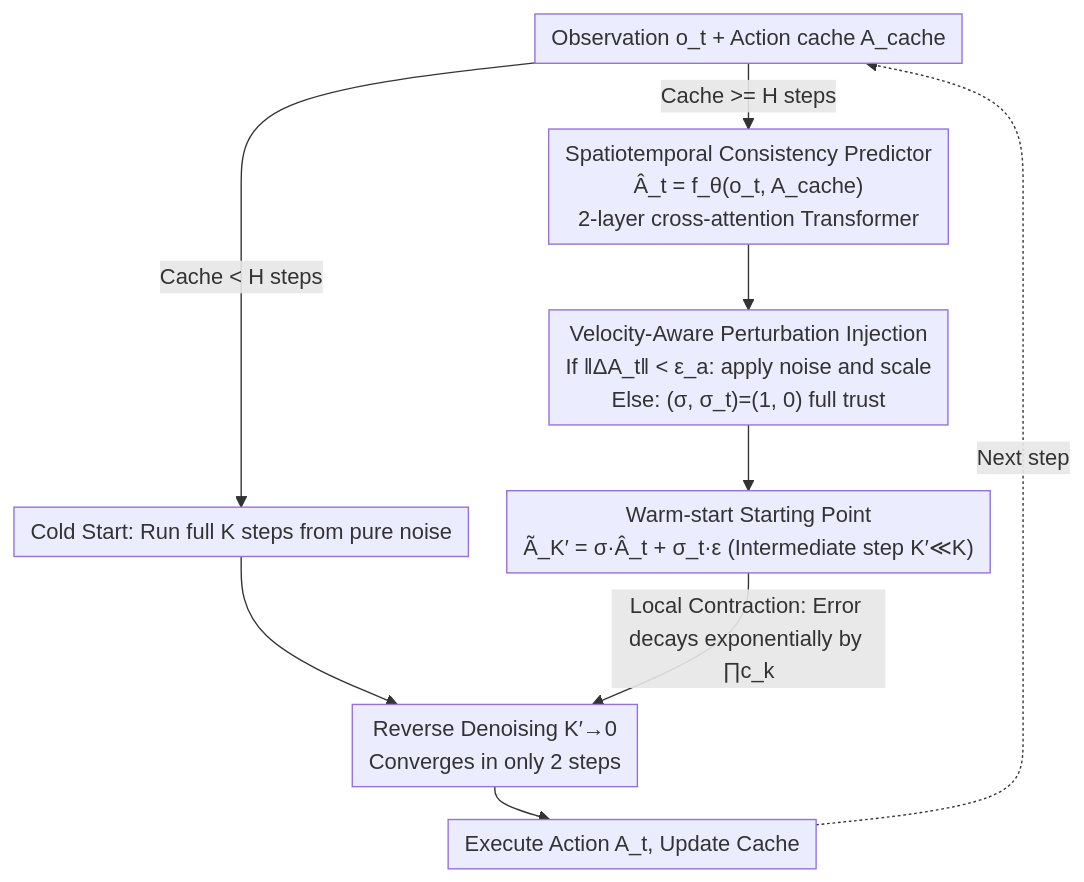
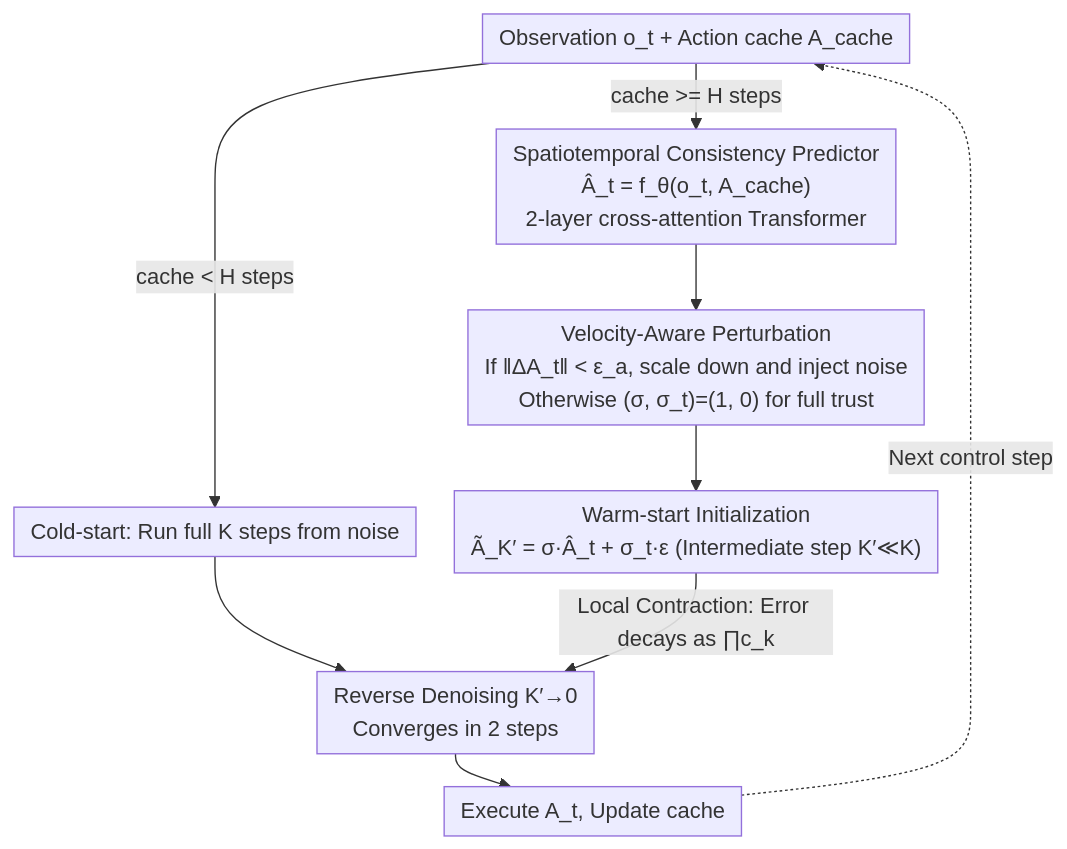
The diagram in docs/ICML2026/robotics/step_warm-started_visuomotor_policies_with_spatiotemporal_consistency_prediction.md (zhaoyang97/Paper-Notes-en), drawn with Mermaid before and after one commit. The commit also changed other lines of this file and 5084 other files, not shown here.

````diff
--- a/docs/ICML2026/robotics/step_warm-started_visuomotor_policies_with_spatiotemporal_consistency_prediction.md
+++ b/docs/ICML2026/robotics/step_warm-started_visuomotor_policies_with_spatiotemporal_consistency_prediction.md
@@ -44,12 +44,12 @@
 ```mermaid
 %%{init: {'flowchart': {'rankSpacing': 24, 'nodeSpacing': 28, 'padding': 6, 'wrappingWidth': 400}}}%%
 flowchart TD
-    A["Observation o_t + Action cache A_cache"] -->|Cache < H steps| Z["Cold Start: Run full K steps from pure noise"]
-    A -->|Cache >= H steps| B["Spatiotemporal Consistency Predictor<br/>Â_t = f_θ(o_t, A_cache)<br/>2-layer cross-attention Transformer"]
-    B --> C["Velocity-Aware Perturbation Injection<br/>If ‖ΔA_t‖ < ε_a: apply noise and scale<br/>Else: (σ, σ_t)=(1, 0) full trust"]
-    C --> D["Warm-start Starting Point<br/>Ã_K′ = σ·Â_t + σ_t·ε (Intermediate step K′≪K)"]
+    A["Observation o_t + Action cache A_cache"] -->|cache < H steps| Z["Cold-start: Run full K steps from noise"]
+    A -->|cache >= H steps| B["Spatiotemporal Consistency Predictor<br/>Â_t = f_θ(o_t, A_cache)<br/>2-layer cross-attention Transformer"]
+    B --> C["Velocity-Aware Perturbation<br/>If ‖ΔA_t‖ < ε_a, scale down and inject noise<br/>Otherwise (σ, σ_t)=(1, 0) for full trust"]
+    C --> D["Warm-start Initialization<br/>Ã_K′ = σ·Â_t + σ_t·ε (Intermediate step K′≪K)"]
     Z --> E
-    D -->|Local Contraction: Error decays exponentially by ∏c_k| E["Reverse Denoising K′→0<br/>Converges in only 2 steps"]
-    E --> F["Execute Action A_t, Update Cache"]
-    F -.Next step.-> A
+    D -->|Local Contraction: Error decays as ∏c_k| E["Reverse Denoising K′→0<br/>Converges in 2 steps"]
+    E --> F["Execute A_t, Update cache"]
+    F -.Next control step.-> A
 ```
````
